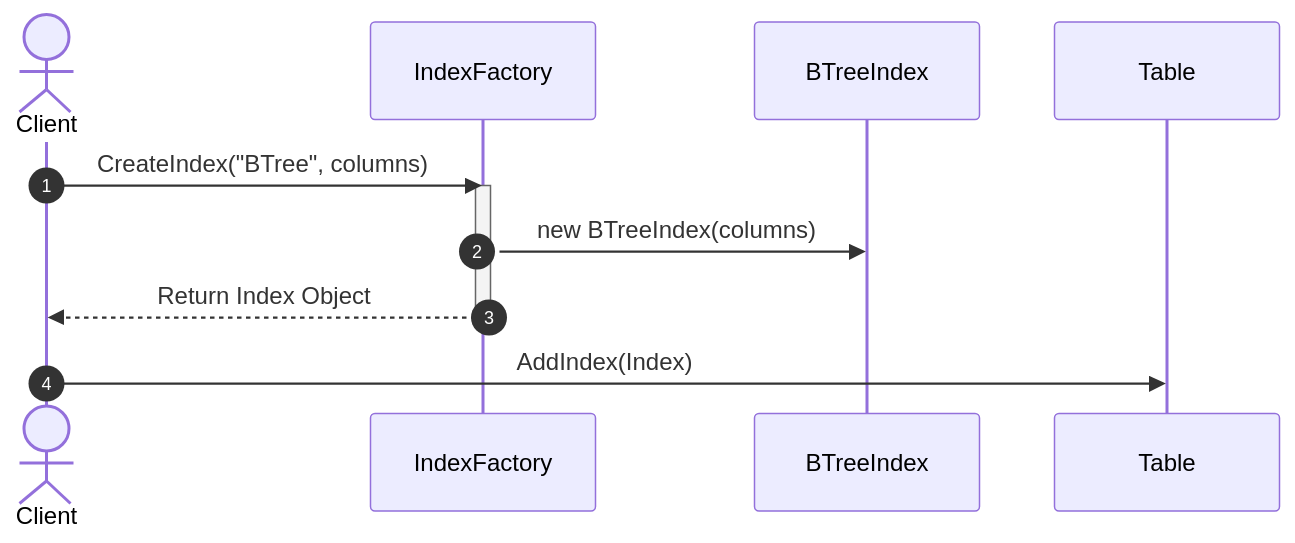
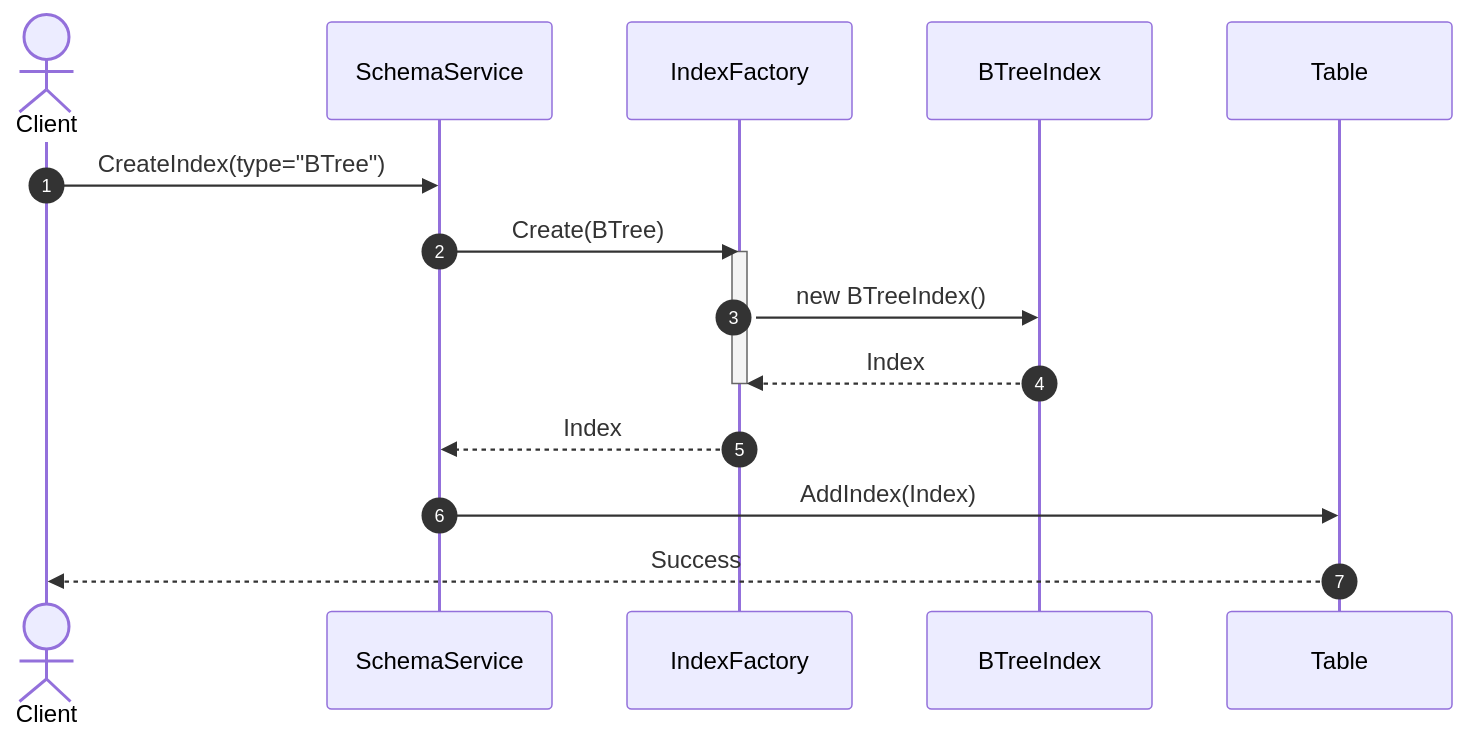
Before and after one commit to Hagiakhanh/bbv-dbms: the ninth of 14 diagrams in docs/design-patterns/README.md, drawn with Mermaid. The commit also changed other lines of this file and 20 other files, not shown here.

````diff
--- a/docs/design-patterns/README.md
+++ b/docs/design-patterns/README.md
@@ -141,15 +800,18 @@
 ```mermaid
 sequenceDiagram
     autonumber
     actor Client
+    participant Service as SchemaService
     participant Factory as IndexFactory
     participant BTree as BTreeIndex
     participant Table as Table
-    
-    Client->>Factory: CreateIndex("BTree", columns)
+    Client->>Service: CreateIndex(type="BTree")
+    Service->>Factory: Create(BTree)
     activate Factory
-    Factory->>BTree: new BTreeIndex(columns)
-    Factory-->>Client: Return Index Object
+    Factory->>BTree: new BTreeIndex()
+    BTree-->>Factory: Index
     deactivate Factory
-    Client->>Table: AddIndex(Index)
+    Factory-->>Service: Index
+    Service->>Table: AddIndex(Index)
+    Table-->>Client: Success
 ```
````
